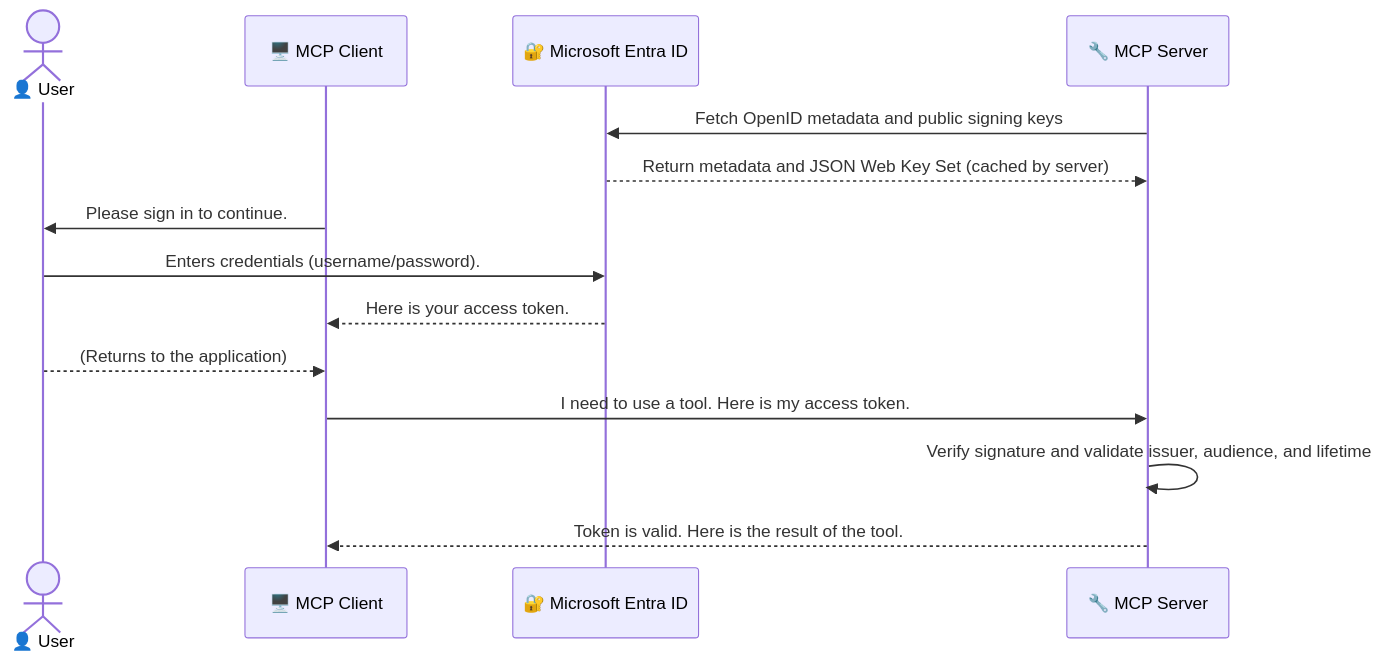
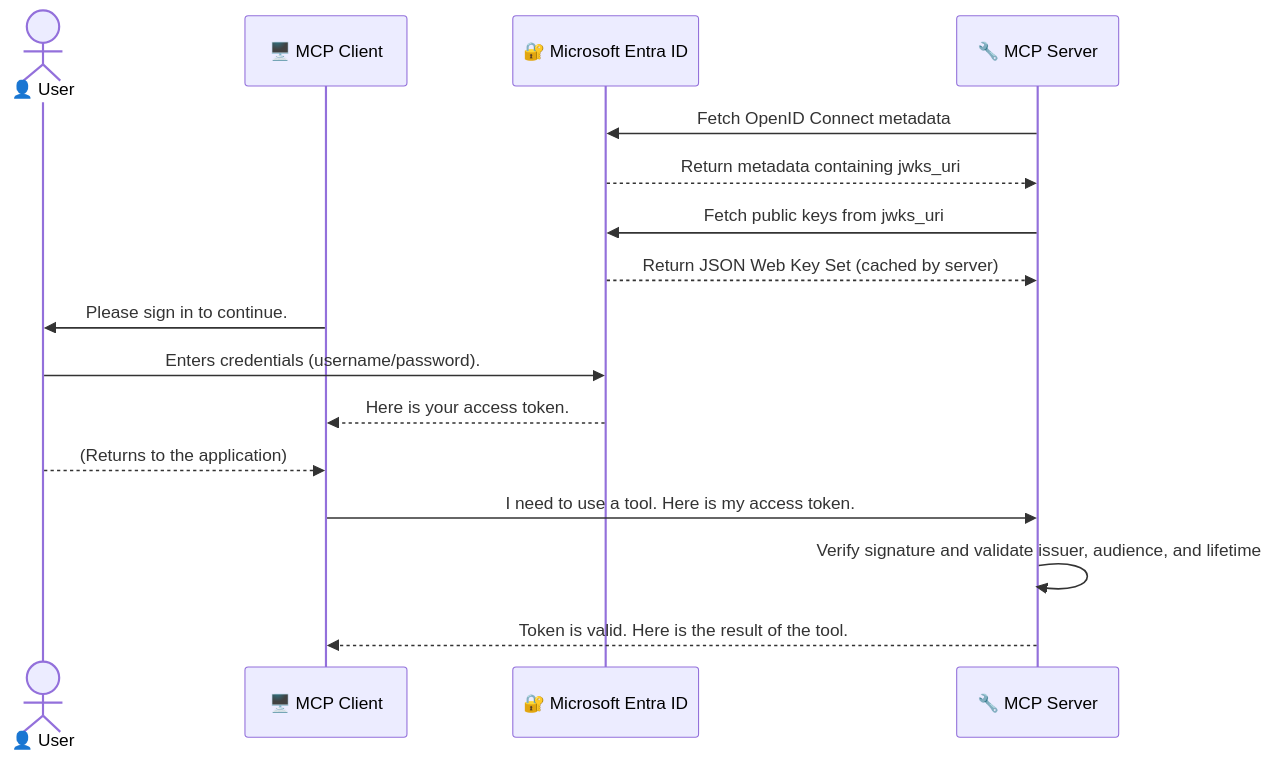
The diagram in 05-AdvancedTopics/mcp-security-entra/README.md (microsoft/mcp-for-beginners), drawn with Mermaid before and after one commit. The commit also changed other lines of this file and 1 other file, not shown here.

````diff
--- a/05-AdvancedTopics/mcp-security-entra/README.md
+++ b/05-AdvancedTopics/mcp-security-entra/README.md
@@ -67,19 +67,21 @@
 ```mermaid
 sequenceDiagram
     actor User as 👤 User
     participant Client as 🖥️ MCP Client
     participant Entra as 🔐 Microsoft Entra ID
     participant Server as 🔧 MCP Server
 
-  Server->>Entra: Fetch OpenID metadata and public signing keys
-  Entra-->>Server: Return metadata and JSON Web Key Set (cached by server)
+  Server->>Entra: Fetch OpenID Connect metadata
+  Entra-->>Server: Return metadata containing jwks_uri
+  Server->>Entra: Fetch public keys from jwks_uri
+  Entra-->>Server: Return JSON Web Key Set (cached by server)
 
   Client->>User: Please sign in to continue.
   User->>Entra: Enters credentials (username/password).
     Entra-->>Client: Here is your access token.
   User-->>Client: (Returns to the application)
 
   Client->>Server: I need to use a tool. Here is my access token.
   Server->>Server: Verify signature and validate issuer, audience, and lifetime
   Server-->>Client: Token is valid. Here is the result of the tool.
 ```
````
